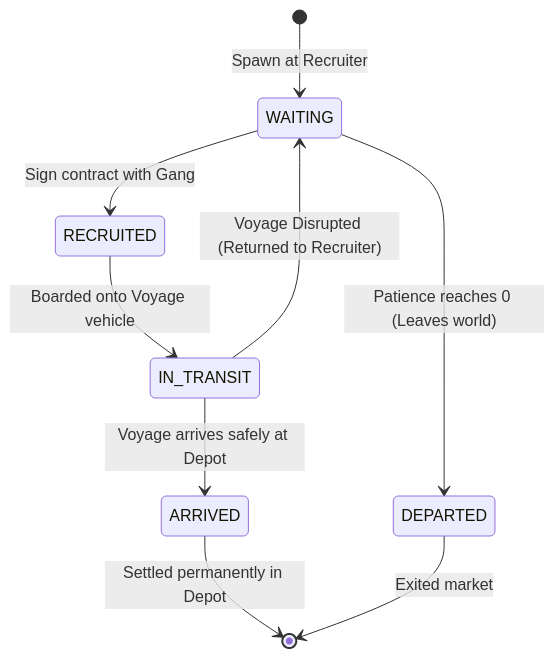
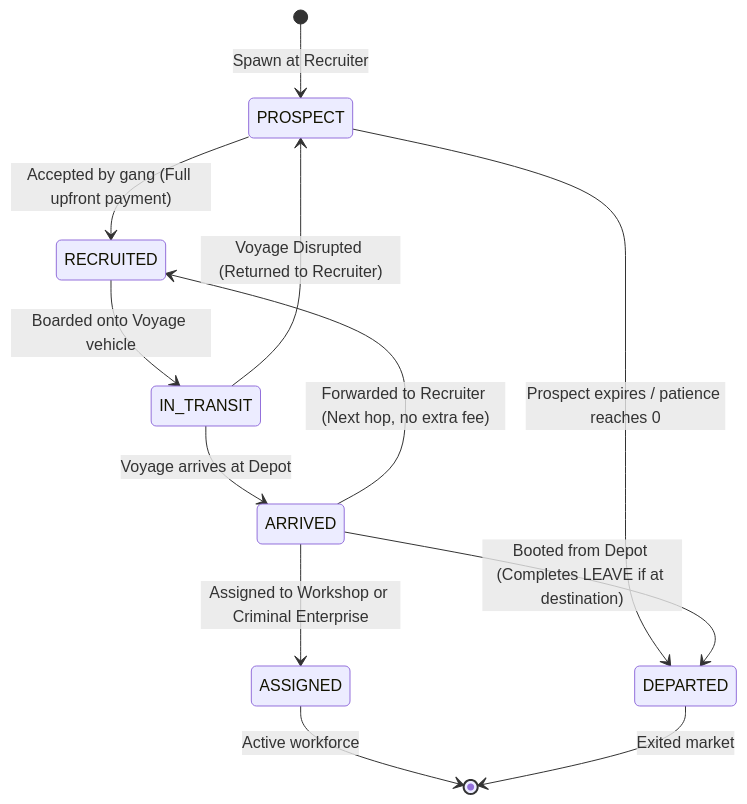
The diagram in docs/sim/migrants.md (chrisdb-playground/brokeworld), drawn with Mermaid before and after one commit. The commit also changed other lines of this file and 16 other files, not shown here.

Commit message:
feat(brokeworld): implement migrants, recruiter prospects, reputation, multi-hop journeys, depot actions, and lockdown

````diff
--- a/docs/sim/migrants.md
+++ b/docs/sim/migrants.md
@@ -42,11 +51,14 @@
 ```mermaid
 stateDiagram-v2
-    [*] --> WAITING: Spawn at Recruiter
-    WAITING --> RECRUITED: Sign contract with Gang
-    WAITING --> DEPARTED: Patience reaches 0 (Leaves world)
+    [*] --> PROSPECT: Spawn at Recruiter
+    PROSPECT --> RECRUITED: Accepted by gang (Full upfront payment)
+    PROSPECT --> DEPARTED: Prospect expires / patience reaches 0
     RECRUITED --> IN_TRANSIT: Boarded onto Voyage vehicle
-    IN_TRANSIT --> ARRIVED: Voyage arrives safely at Depot
-    IN_TRANSIT --> WAITING: Voyage Disrupted (Returned to Recruiter)
-    ARRIVED --> [*]: Settled permanently in Depot
+    IN_TRANSIT --> ARRIVED: Voyage arrives at Depot
+    IN_TRANSIT --> PROSPECT: Voyage Disrupted (Returned to Recruiter)
+    ARRIVED --> RECRUITED: Forwarded to Recruiter (Next hop, no extra fee)
+    ARRIVED --> ASSIGNED: Assigned to Workshop or Criminal Enterprise
+    ARRIVED --> DEPARTED: Booted from Depot (Completes LEAVE if at destination)
+    ASSIGNED --> [*]: Active workforce
     DEPARTED --> [*]: Exited market
 ```
````
